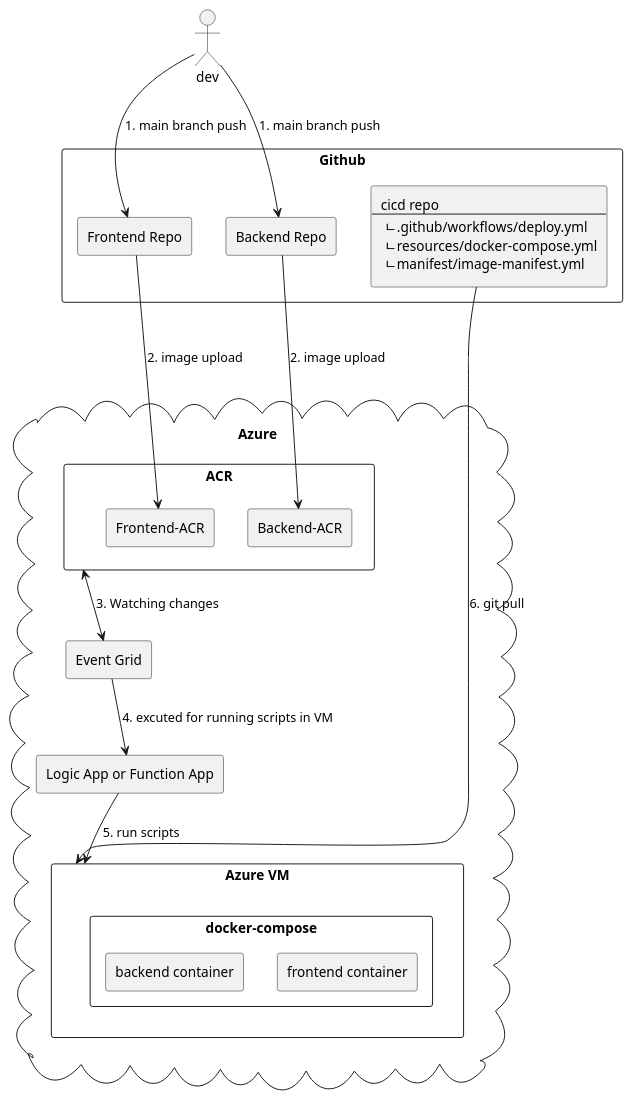
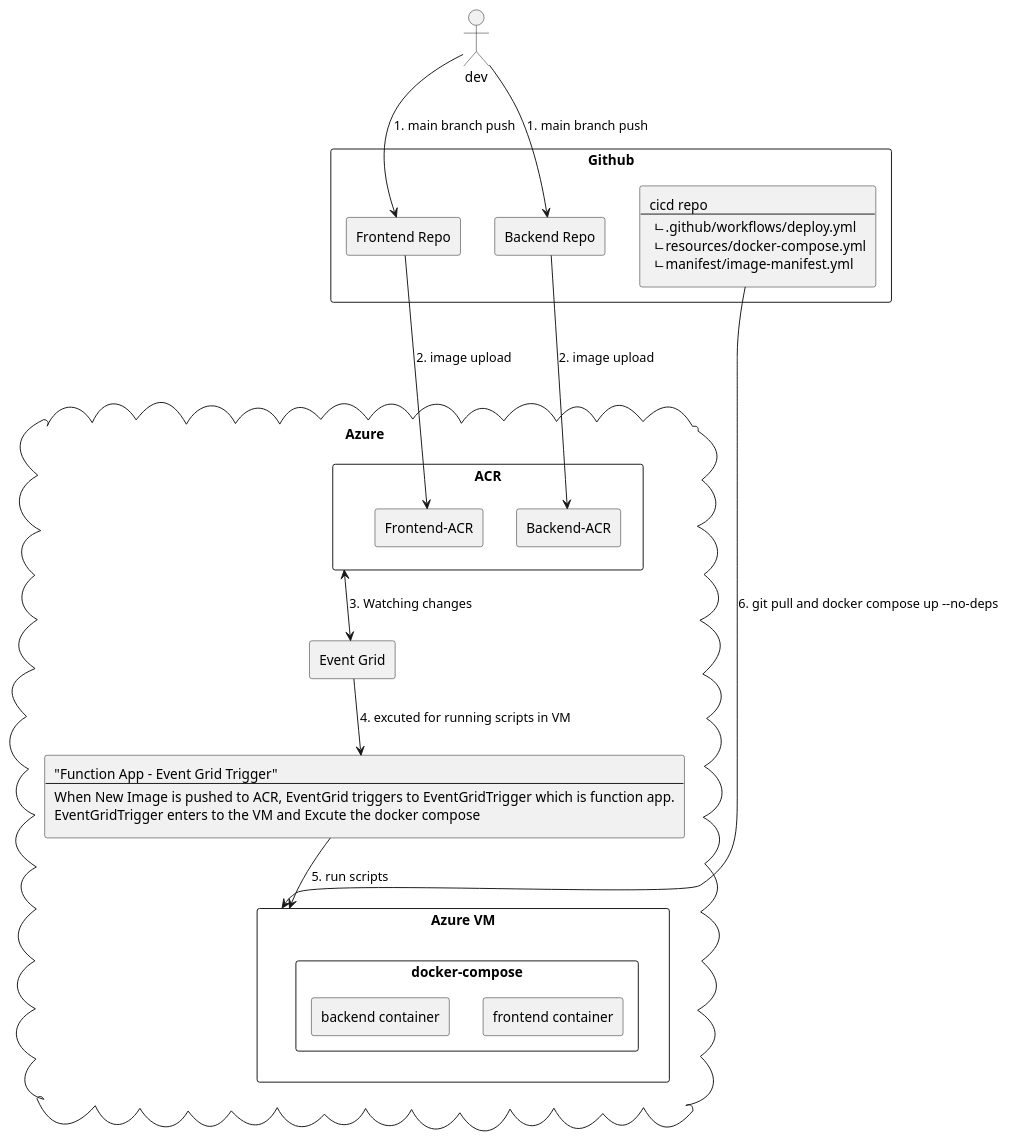
The second of 3 diagrams in README.md (Suah-Cho/CICD-pipeline), drawn with PlantUML before and after one commit. The commit also changed other lines of this file and 2 other files, not shown here.

````diff
--- a/README.md
+++ b/README.md
@@ -66,51 +66,56 @@
 ```plantuml
 
 @startuml
 
 actor dev
 
 rectangle "Github" {
     rectangle "Frontend Repo"
     rectangle "Backend Repo"
     rectangle cicd_Repo [
         cicd repo
         ---
          ㄴ.github/workflows/deploy.yml
          ㄴresources/docker-compose.yml
          ㄴmanifest/image-manifest.yml
     ]
 }
 
 cloud "Azure" {
     rectangle "ACR" {
         rectangle "Frontend-ACR"
         rectangle "Backend-ACR"
     }
 
     rectangle "Azure VM" {
         rectangle "docker-compose" {
             rectangle "frontend container"
             rectangle "backend container"
         }
     }
 
     rectangle "Event Grid"
 
-    rectangle "Logic App or Function App"
+    rectangle function [
+        "Function App - Event Grid Trigger"
+        ---
+        When New Image is pushed to ACR, EventGrid triggers to EventGridTrigger which is function app.
+        EventGridTrigger enters to the VM and Excute the docker compose
+    ]
 }
 
 dev --> "Frontend Repo" : 1. main branch push
 dev --> "Backend Repo" : 1. main branch push
 
 "Frontend Repo" ---> "Frontend-ACR" : 2. image upload
 "Backend Repo" ---> "Backend-ACR" : 2. image upload
 
 "ACR" <--> "Event Grid" : 3. Watching changes
-"Event Grid" --> "Logic App or Function App" : 4. excuted for running scripts in VM
-"Logic App or Function App" --> "Azure VM" : 5. run scripts
-cicd_Repo --> "Azure VM" : 6. git pull
+"Event Grid" --> "function" : 4. excuted for running scripts in VM
+"function" --> "Azure VM" : 5. run scripts
+cicd_Repo --> "Azure VM" : 6. git pull and docker compose up --no-deps
 
 @enduml
 
 
 ```
````
